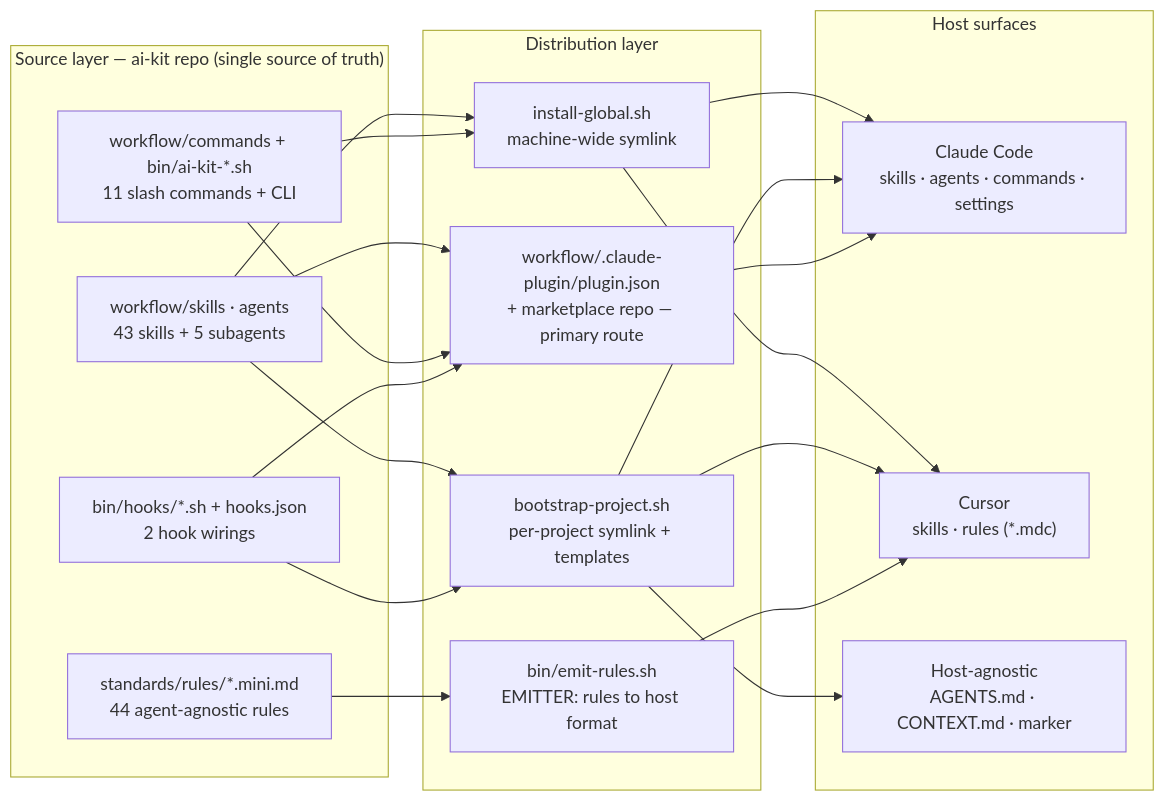
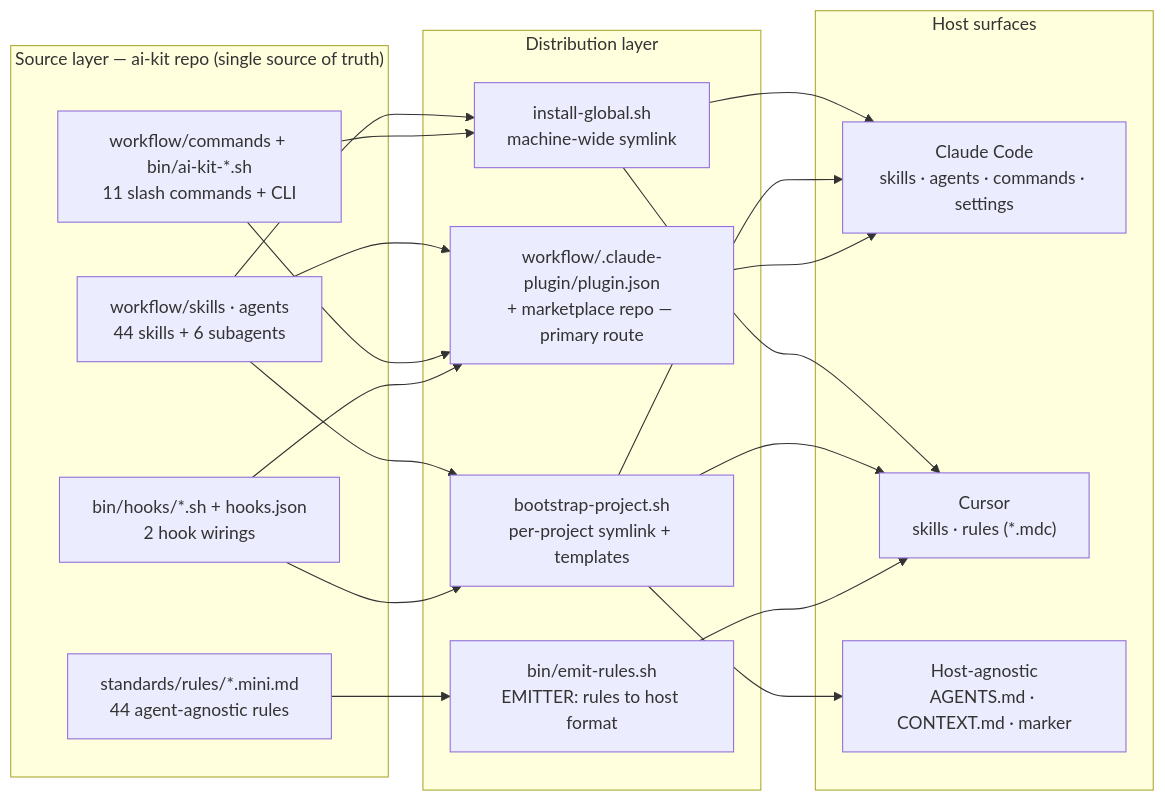
One commit to yusufkaracaburun/ai-kit changed the first of 2 diagrams in docs/diagrams.md. Above: the diagram before and after it, drawn with Mermaid. The commit also changed other lines of this file and 18 other files, not shown here.

````diff
--- a/docs/diagrams.md
+++ b/docs/diagrams.md
@@ -10,32 +10,32 @@
 ```mermaid
 flowchart LR
   subgraph SRC["Source layer — ai-kit repo (single source of truth)"]
-    SA["workflow/skills · agents<br/>43 skills + 5 subagents"]
+    SA["workflow/skills · agents<br/>44 skills + 6 subagents"]
     CB["workflow/commands + bin/ai-kit-*.sh<br/>11 slash commands + CLI"]
     H["bin/hooks/*.sh + hooks.json<br/>2 hook wirings"]
     R["standards/rules/*.mini.md<br/>44 agent-agnostic rules"]
   end
 
   subgraph DIST["Distribution layer"]
     IG["install-global.sh<br/>machine-wide symlink"]
     PL["workflow/.claude-plugin/plugin.json<br/>+ marketplace repo — primary route"]
     BP["bootstrap-project.sh<br/>per-project symlink + templates"]
     ER["bin/emit-rules.sh<br/>EMITTER: rules to host format"]
   end
 
   subgraph HOSTS["Host surfaces"]
     CC["Claude Code<br/>skills · agents · commands · settings"]
     CU["Cursor<br/>skills · rules (*.mdc)"]
     HA["Host-agnostic<br/>AGENTS.md · CONTEXT.md · marker"]
   end
 
   SA --> IG & BP & PL
   CB --> IG & PL
   H --> PL & BP
   R --> ER
 
   IG --> CC & CU
   BP --> CC & CU & HA
   PL --> CC
   ER --> CU
 ```
````
